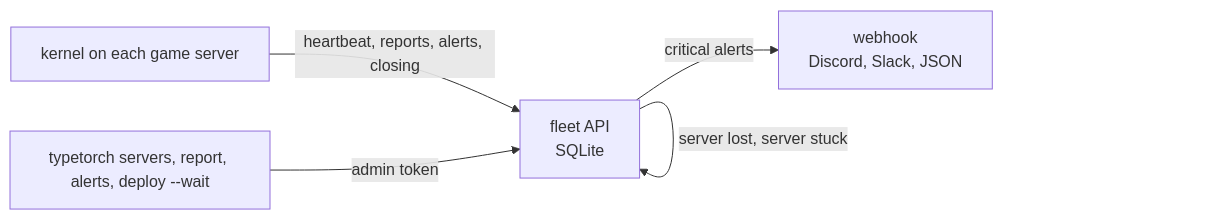
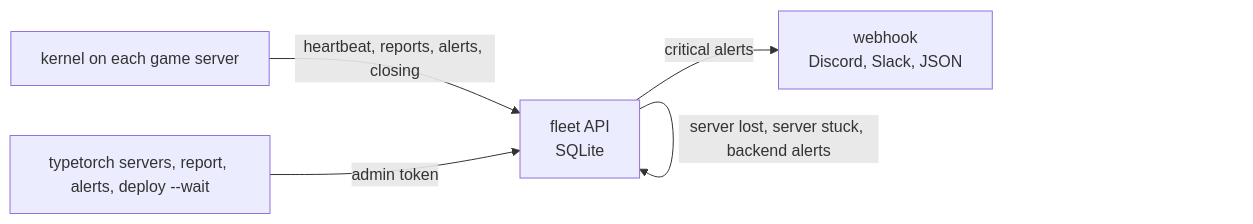
Before and after one commit to typetorch/docs: the diagram in guides/fleet-and-alerts.md, drawn with Mermaid. The commit also changed other lines of this file and 54 other files, not shown here.

````diff
--- a/guides/fleet-and-alerts.md
+++ b/guides/fleet-and-alerts.md
@@ -15,7 +15,7 @@
 ```mermaid
 flowchart LR
     K[kernel on each game server] -->|heartbeat, reports, alerts, closing| F[fleet API<br/>SQLite]
-    F -->|server lost, server stuck| F
+    F -->|server lost, server stuck, backend alerts| F
     F -->|critical alerts| W[webhook<br/>Discord, Slack, JSON]
     C[typetorch servers, report, alerts, deploy --wait] -->|admin token| F
 ```
````
